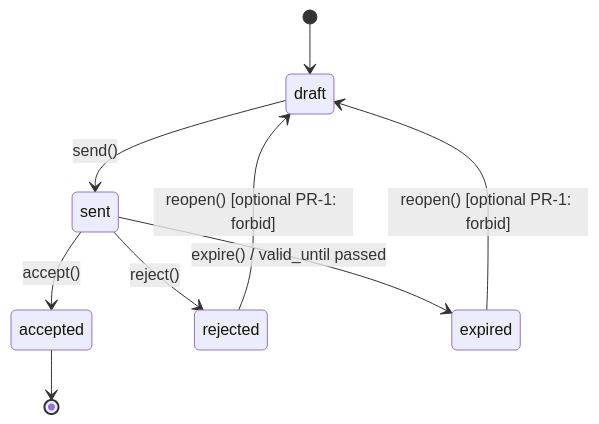
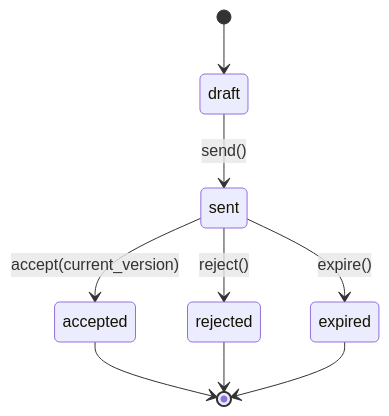
One commit to igortatarynovich/HostFlow changed the diagram in docs/specs/tasks/stage-1b-quote-foundation-implementation-contract.md. Above: the diagram before and after it, drawn with Mermaid. The commit also changed other lines of this file and 4 other files, not shown here.

````diff
--- a/docs/specs/tasks/stage-1b-quote-foundation-implementation-contract.md
+++ b/docs/specs/tasks/stage-1b-quote-foundation-implementation-contract.md
@@ -137,11 +124,11 @@
 ```mermaid
 stateDiagram-v2
     [*] --> draft
     draft --> sent: send()
-    sent --> accepted: accept()
+    sent --> accepted: accept(current_version)
     sent --> rejected: reject()
-    sent --> expired: expire() / valid_until passed
-    rejected --> draft: reopen() [optional PR-1: forbid]
-    expired --> draft: reopen() [optional PR-1: forbid]
+    sent --> expired: expire()
     accepted --> [*]
+    rejected --> [*]
+    expired --> [*]
 ```
````
